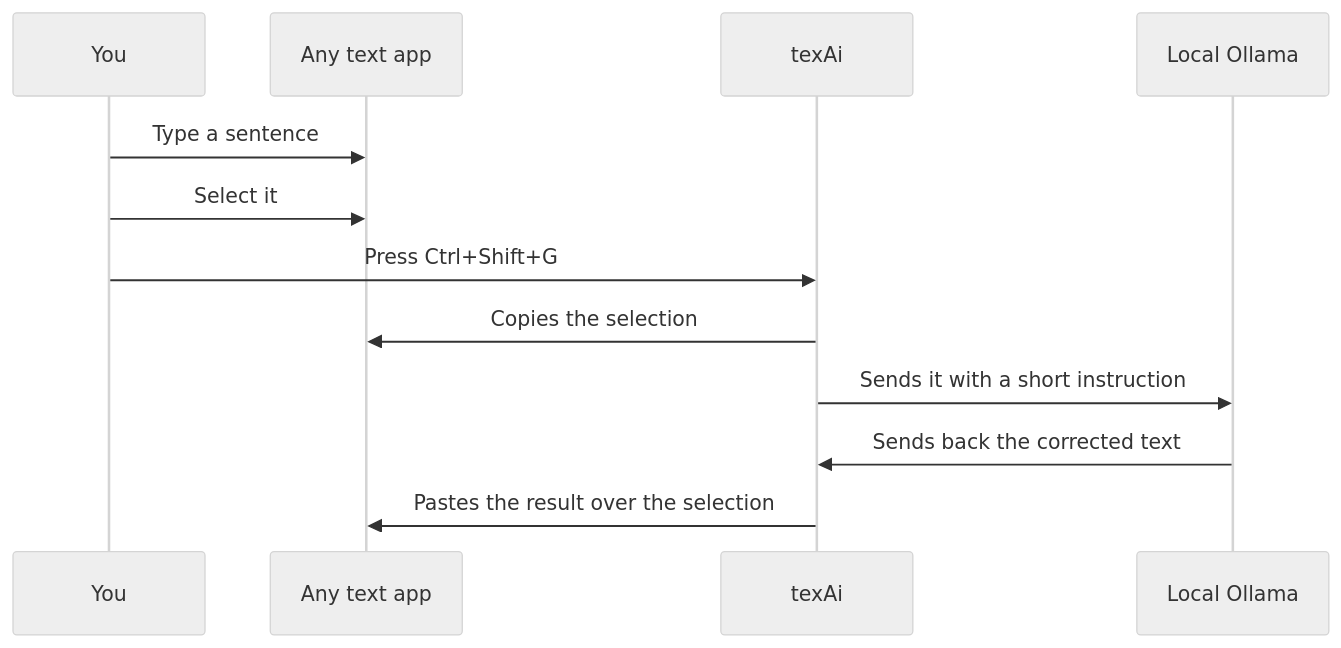
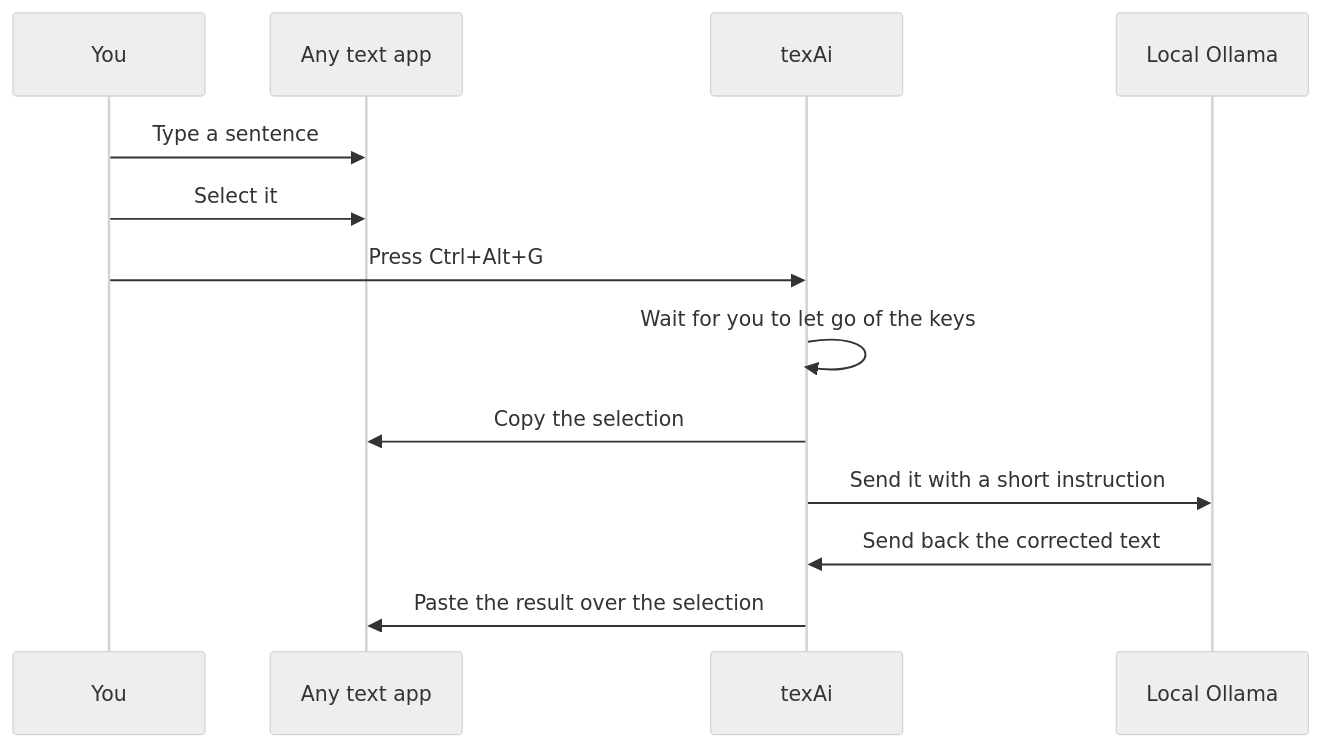
The third of 4 diagrams in USER_GUIDE.md (cthboss001/texai), drawn with Mermaid (neutral theme) before and after one commit. The commit also changed other lines of this file and 3 other files, not shown here.

````diff
--- a/USER_GUIDE.md
+++ b/USER_GUIDE.md
@@ -84,15 +81,16 @@
 ```mermaid
 sequenceDiagram
     participant You
     participant App as Any text app
     participant texAi
     participant Ollama as Local Ollama
 
     You->>App: Type a sentence
     You->>App: Select it
-    You->>texAi: Press Ctrl+Shift+G
-    texAi->>App: Copies the selection
-    texAi->>Ollama: Sends it with a short instruction
-    Ollama->>texAi: Sends back the corrected text
-    texAi->>App: Pastes the result over the selection
+    You->>texAi: Press Ctrl+Alt+G
+    texAi->>texAi: Wait for you to let go of the keys
+    texAi->>App: Copy the selection
+    texAi->>Ollama: Send it with a short instruction
+    Ollama->>texAi: Send back the corrected text
+    texAi->>App: Paste the result over the selection
 ```
````
